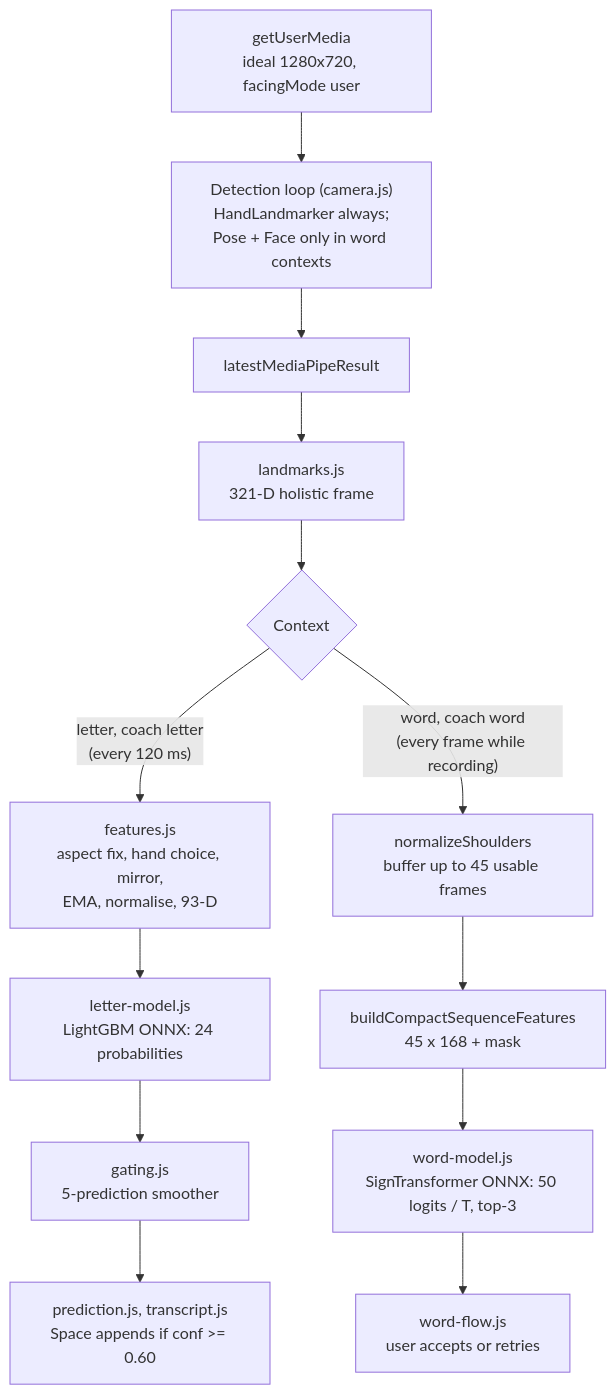
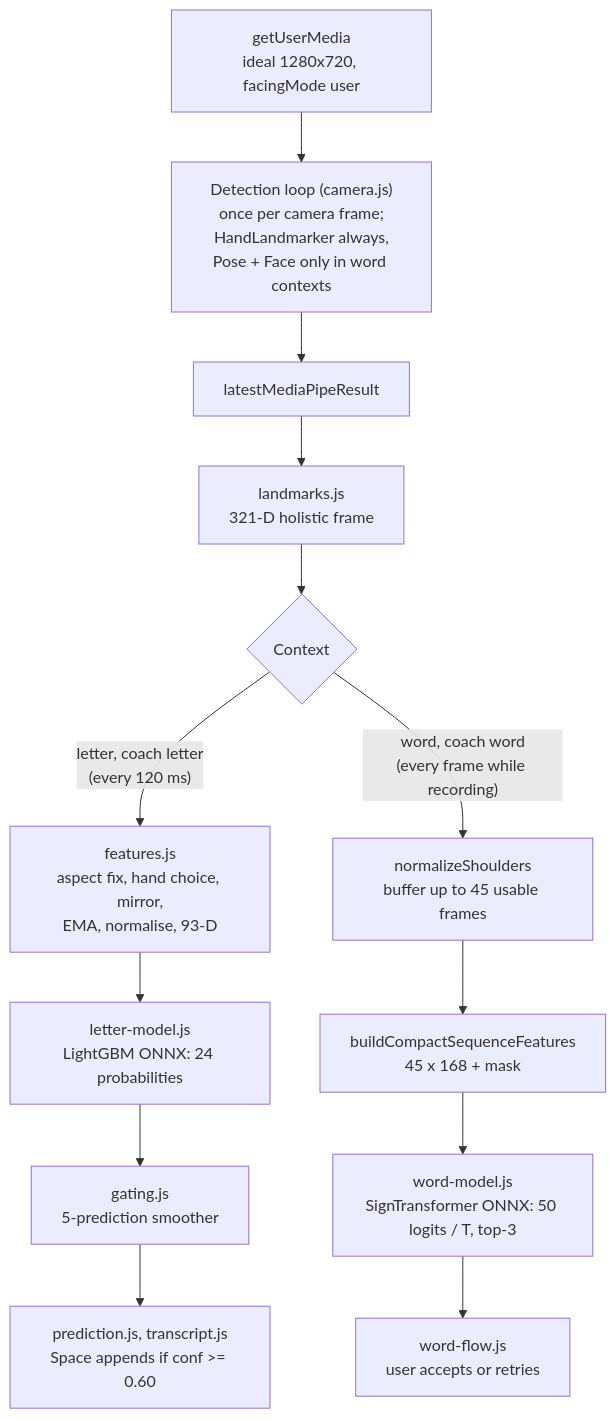
Before and after one commit to alimustafaekmen/asl-assistant: the second of 4 diagrams in TECHNICAL_REPORT.md, drawn with Mermaid. The commit also changed other lines of this file and 66 other files, not shown here.

````diff
--- a/TECHNICAL_REPORT.md
+++ b/TECHNICAL_REPORT.md
@@ -113,15 +100,15 @@
 ```mermaid
 flowchart TD
-  CAM["getUserMedia<br/>ideal 1280x720, facingMode user"] --> DET["Detection loop (camera.js)<br/>HandLandmarker always;<br/>Pose + Face only in word contexts"]
+  CAM["getUserMedia<br/>ideal 1280x720, facingMode user"] --> DET["Detection loop (camera.js)<br/>once per camera frame;<br/>HandLandmarker always,<br/>Pose + Face only in word contexts"]
   DET --> RES["latestMediaPipeResult"]
   RES --> L321["landmarks.js<br/>321-D holistic frame"]
   L321 --> SPLIT{"Context"}
   SPLIT -- "letter, coach letter<br/>(every 120 ms)" --> LF["features.js<br/>aspect fix, hand choice, mirror,<br/>EMA, normalise, 93-D"]
   LF --> LM["letter-model.js<br/>LightGBM ONNX: 24 probabilities"]
   LM --> SM["gating.js<br/>5-prediction smoother"]
   SM --> UIL["prediction.js, transcript.js<br/>Space appends if conf >= 0.60"]
   SPLIT -- "word, coach word<br/>(every frame while recording)" --> SN["normalizeShoulders<br/>buffer up to 45 usable frames"]
   SN --> WF["buildCompactSequenceFeatures<br/>45 x 168 + mask"]
   WF --> WM["word-model.js<br/>SignTransformer ONNX: 50 logits / T, top-3"]
   WM --> UIW["word-flow.js<br/>user accepts or retries"]
 ```
````
